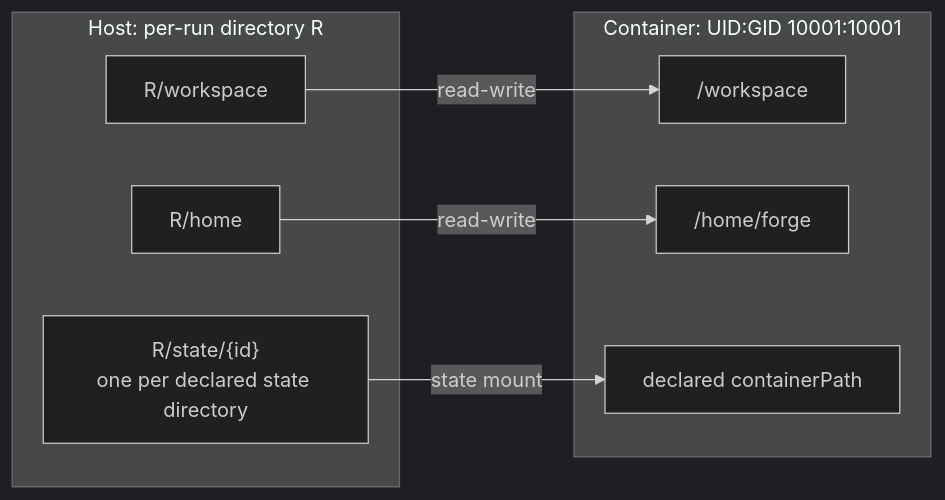
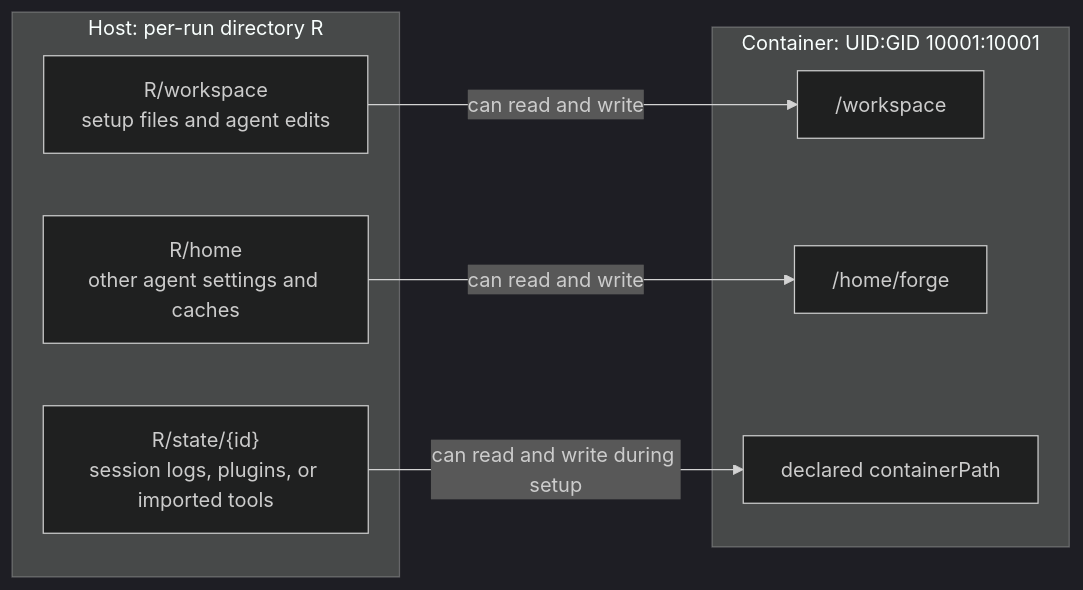
Before and after one commit to stripe/forge: the third of 3 diagrams in docs/architecture.md, drawn with Mermaid (dark theme). The commit also changed other lines of this file and 11 other files, not shown here.

````diff
--- a/docs/architecture.md
+++ b/docs/architecture.md
@@ -456,17 +456,17 @@
 ```mermaid
 flowchart LR
     subgraph Host["Host: per-run directory R"]
-        W["R/workspace"]
-        H["R/home"]
-        S["R/state/{id}<br/>one per declared state directory"]
+        W["R/workspace<br/>setup files and agent edits"]
+        H["R/home<br/>other agent settings and caches"]
+        S["R/state/{id}<br/>session logs, plugins, or imported tools"]
     end
     subgraph Container["Container: UID:GID 10001:10001"]
         CW["/workspace"]
         CH["/home/forge"]
         CS["declared containerPath"]
     end
 
-    W -->|read-write| CW
-    H -->|read-write| CH
-    S -->|state mount| CS
+    W -->|can read and write| CW
+    H -->|can read and write| CH
+    S -->|can read and write during setup| CS
 ```
````
